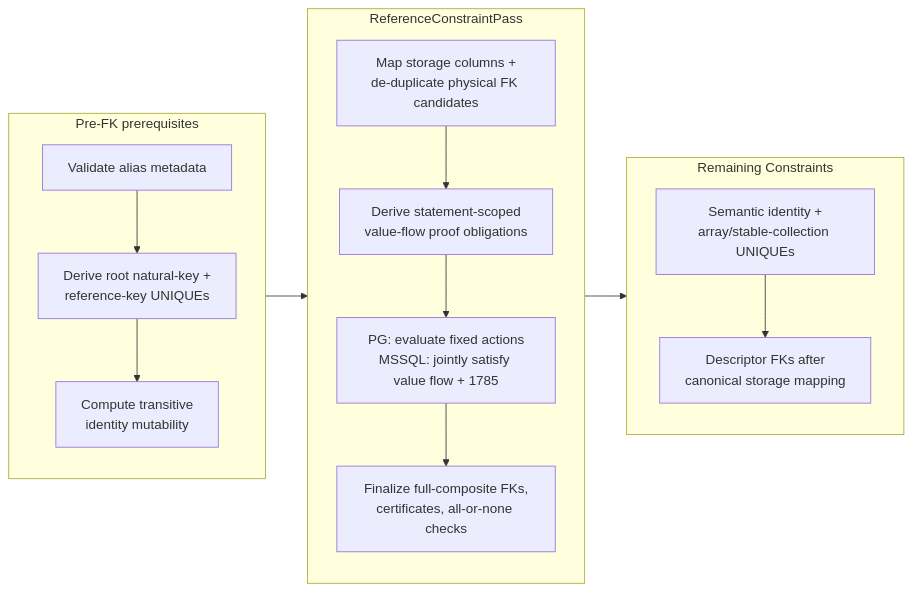
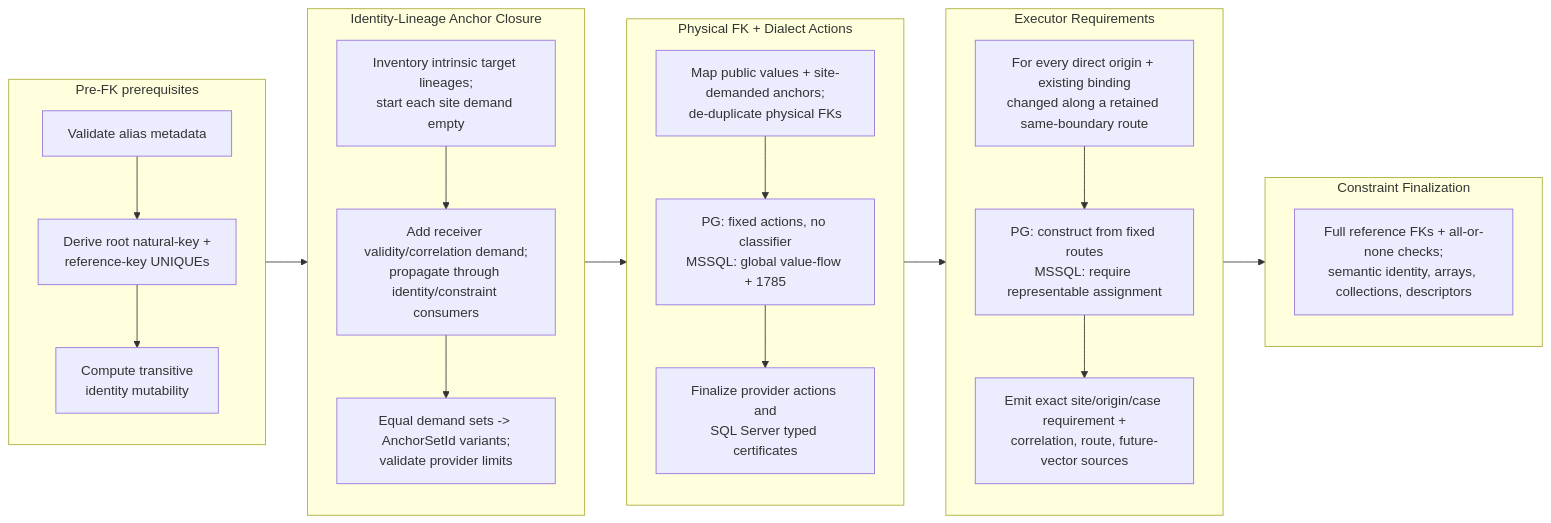
One commit to Ed-Fi-Alliance-OSS/Data-Management-Service changed diagram 14 of 16 in reference/design/backend-redesign/presentations/relational-model-presentation.md. Above: the diagram before and after it, drawn with Mermaid. The commit also changed other lines of this file and 50 other files, not shown here.

````diff
--- a/reference/design/backend-redesign/presentations/relational-model-presentation.md
+++ b/reference/design/backend-redesign/presentations/relational-model-presentation.md
@@ -677,28 +761,41 @@
 ```mermaid
 flowchart LR
     subgraph P7["Pre-FK prerequisites"]
         direction TB
         P7A["Validate alias metadata"]
         P7B["Derive root natural-key +<br/>reference-key UNIQUEs"]
         P7C["Compute transitive<br/>identity mutability"]
         P7A --> P7B --> P7C
     end
 
-    subgraph P8["ReferenceConstraintPass"]
+    subgraph P8["Identity-Lineage Anchor Closure"]
         direction TB
-        P8A["Map storage columns +<br/>de-duplicate physical FK candidates"]
-        P8B["Derive statement-scoped<br/>value-flow proof obligations"]
-        P8C["PG: evaluate fixed actions<br/>MSSQL: jointly satisfy value flow + 1785"]
-        P8D["Finalize full-composite FKs,<br/>certificates, all-or-none checks"]
-        P8A --> P8B --> P8C --> P8D
+        P8A["Inventory intrinsic target lineages;<br/>start each site demand empty"]
+        P8B["Add receiver validity/correlation demand;<br/>propagate through identity/constraint consumers"]
+        P8C["Equal demand sets -> AnchorSetId variants;<br/>validate provider limits"]
+        P8A --> P8B --> P8C
     end
 
-    subgraph P9["Remaining Constraints"]
+    subgraph P9["Physical FK + Dialect Actions"]
         direction TB
-        P9A["Semantic identity +<br/>array/stable-collection UNIQUEs"]
-        P9B["Descriptor FKs after<br/>canonical storage mapping"]
-        P9A --> P9B
+        P9A["Map public values + site-demanded anchors;<br/>de-duplicate physical FKs"]
+        P9B["PG: fixed actions, no classifier<br/>MSSQL: global value-flow + 1785"]
+        P9C["Finalize provider actions and<br/>SQL Server typed certificates"]
+        P9A --> P9B --> P9C
     end
 
-    P7 --> P8 --> P9
+    subgraph P10["Executor Requirements"]
+        direction TB
+        P10A["For every direct origin + existing binding<br/>changed along a retained same-boundary route"]
+        P10B["PG: construct from fixed routes<br/>MSSQL: require representable assignment"]
+        P10C["Emit exact site/origin/case requirement +<br/>correlation, route, future-vector sources"]
+        P10A --> P10B --> P10C
+    end
+
+    subgraph P11["Constraint Finalization"]
+        direction TB
+        P11A["Full reference FKs + all-or-none checks;<br/>semantic identity, arrays, collections, descriptors"]
+    end
+
+    P7 --> P8 --> P9 --> P10 --> P11
 ```
````
